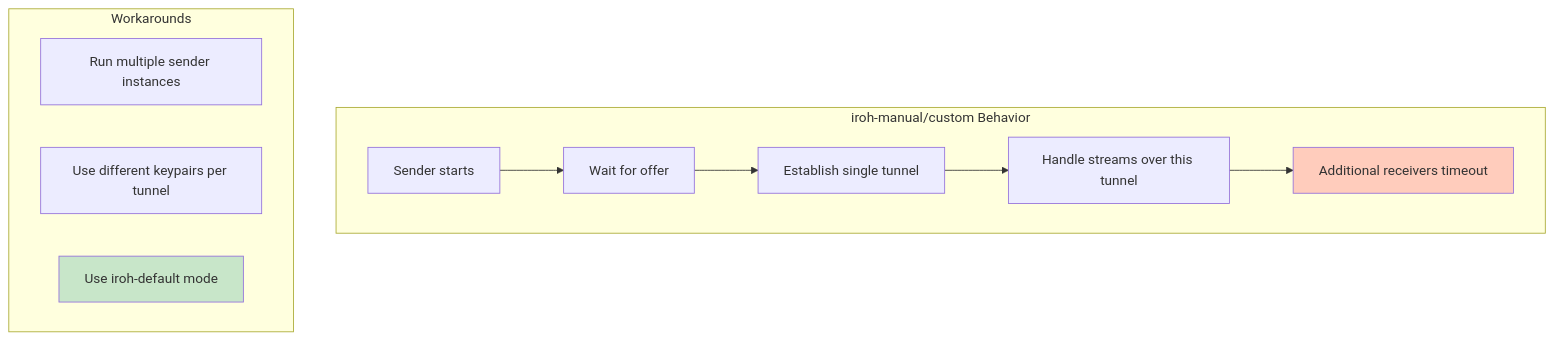
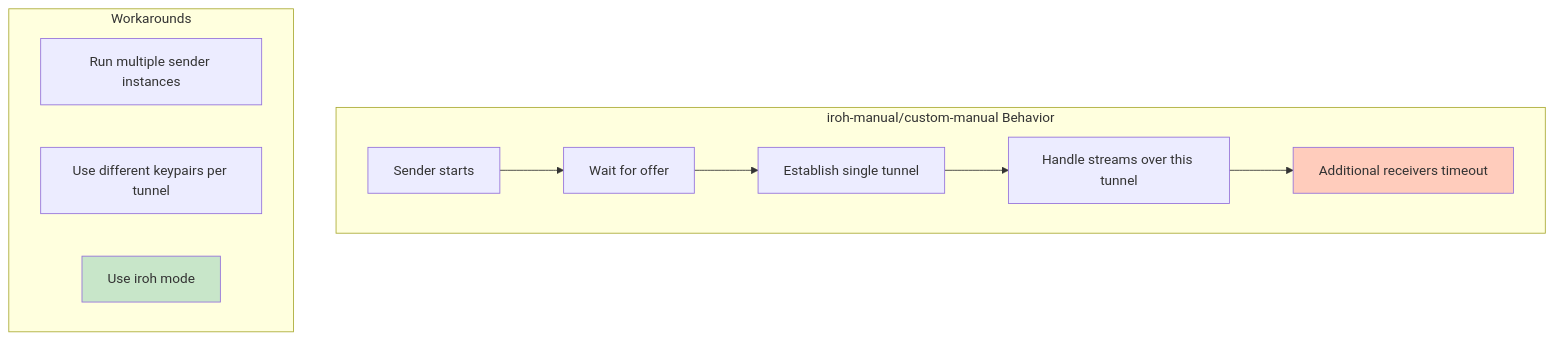
One commit to andrewtheguy/vpn-rs changed diagram 38 of 38 in docs/ARCHITECTURE.md. Above: the diagram before and after it, drawn with Mermaid. The commit also changed other lines of this file and 5 other files, not shown here.

````diff
--- a/docs/ARCHITECTURE.md
+++ b/docs/ARCHITECTURE.md
@@ -1590,18 +1590,18 @@
 ```mermaid
 graph TB
-    subgraph "iroh-manual/custom Behavior"
+    subgraph "iroh-manual/custom-manual Behavior"
         A[Sender starts] --> B[Wait for offer]
         B --> C[Establish single tunnel]
         C --> D[Handle streams over this tunnel]
         D --> E[Additional receivers timeout]
     end
 
     subgraph "Workarounds"
         F[Run multiple sender instances]
         G[Use different keypairs per tunnel]
-        H[Use iroh-default mode]
+        H[Use iroh mode]
     end
 
     style E fill:#FFCCBC
     style H fill:#C8E6C9
 ```
````
